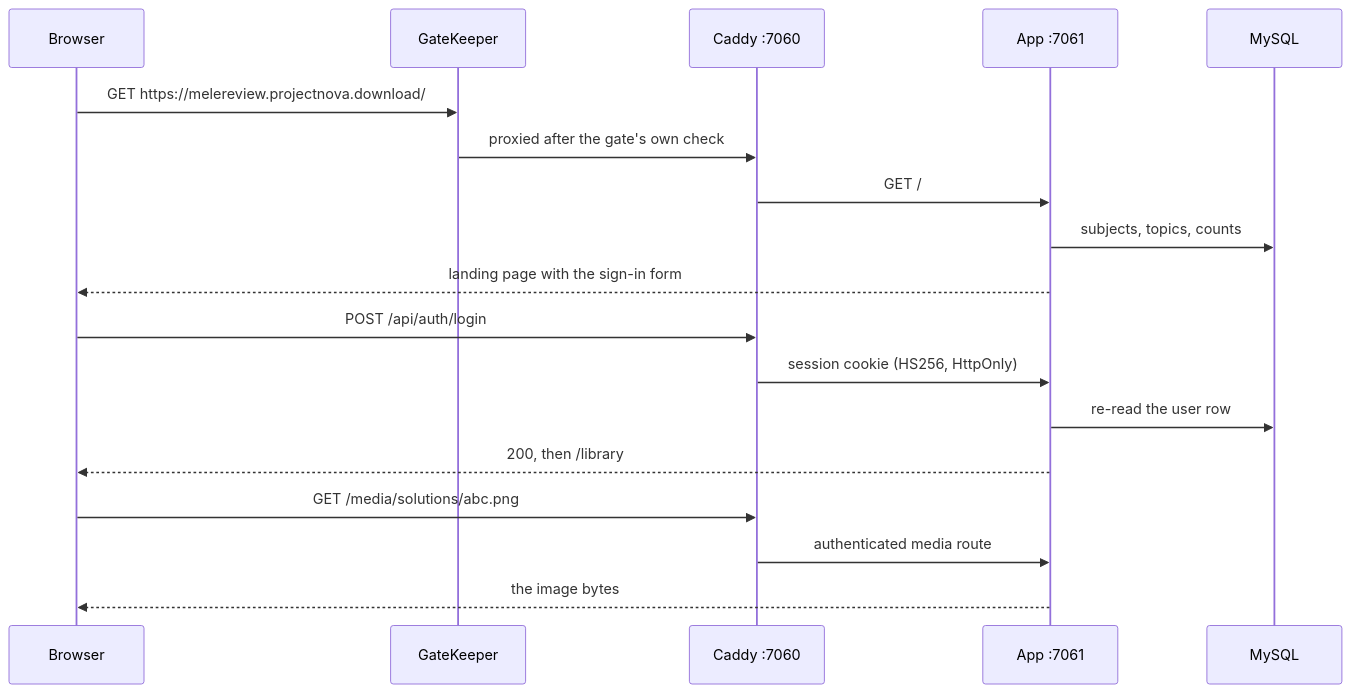
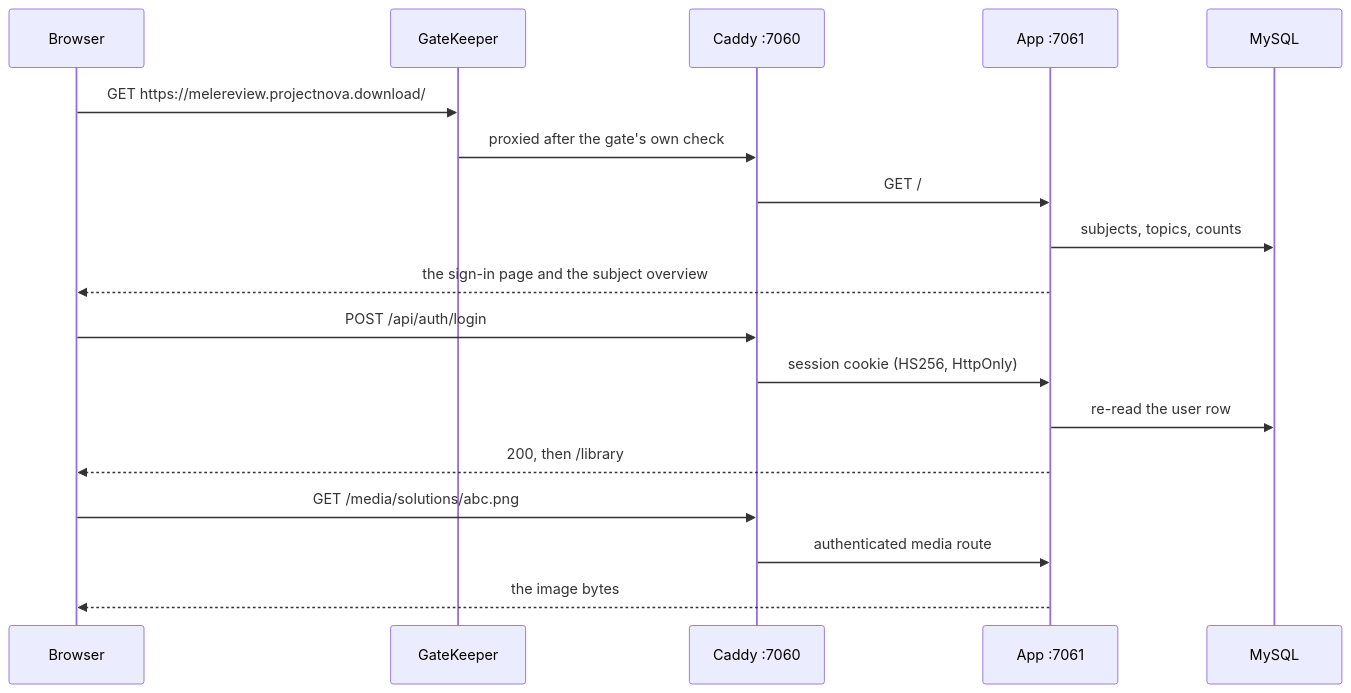
The diagram in documentation/docs/architecture.md (NovaProtocol/MELEReviewSite), drawn with Mermaid before and after one commit. The commit also changed 7 other files, not shown here.

````diff
--- a/documentation/docs/architecture.md
+++ b/documentation/docs/architecture.md
@@ -27,21 +27,21 @@
 ```mermaid
 sequenceDiagram
     participant B as Browser
     participant G as GateKeeper
     participant C as Caddy :7060
     participant A as App :7061
     participant D as MySQL
 
     B->>G: GET https://melereview.projectnova.download/
     G->>C: proxied after the gate's own check
     C->>A: GET /
     A->>D: subjects, topics, counts
-    A-->>B: landing page with the sign-in form
+    A-->>B: the sign-in page and the subject overview
     B->>C: POST /api/auth/login
     C->>A: session cookie (HS256, HttpOnly)
     A->>D: re-read the user row
     A-->>B: 200, then /library
     B->>C: GET /media/solutions/abc.png
     C->>A: authenticated media route
     A-->>B: the image bytes
 ```
````
